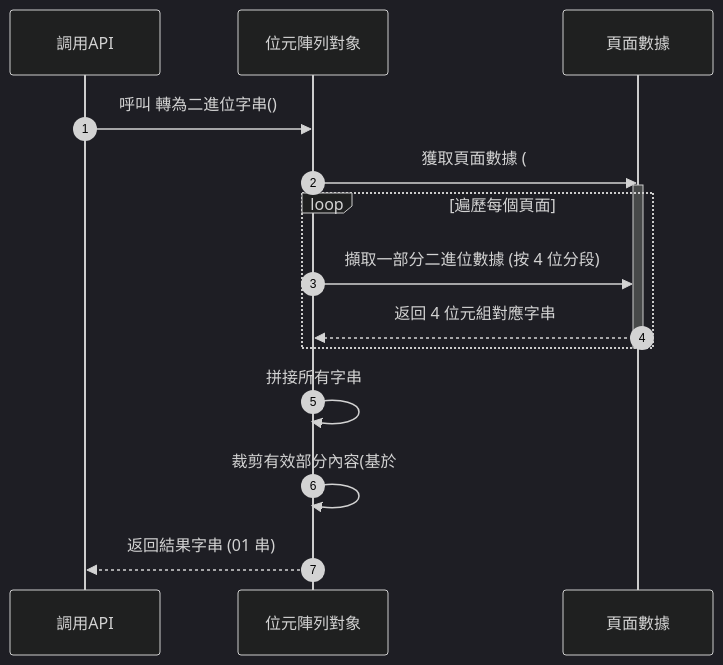
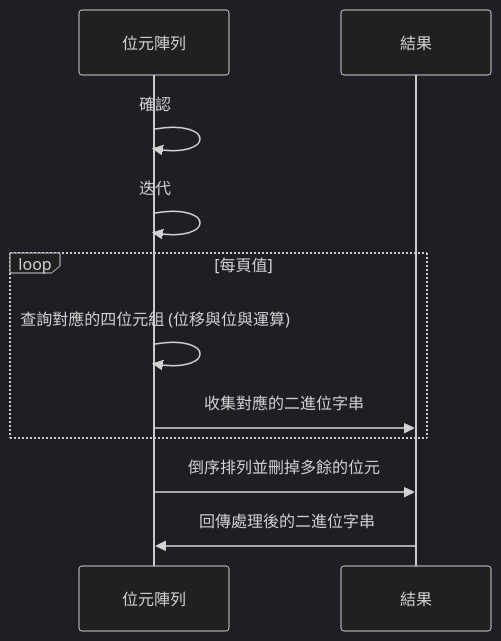
Before and after one commit to leoshiang/dx-core: diagram 11 of 17 in docs/位元陣列.md, drawn with Mermaid (dark theme). The commit also changed other lines of this file and 1 other file, not shown here.

````diff
--- a/docs/位元陣列.md
+++ b/docs/位元陣列.md
@@ -742,19 +644,13 @@
-```mermaid
+``` mermaid
 sequenceDiagram
-    autoNumber
-    participant User as 調用API
-    participant 位元陣列 as 位元陣列對象
-    participant 儲存器 as 頁面數據
-
-    User ->> 位元陣列: 呼叫 轉為二進位字串()
-    位元陣列 ->> 儲存器: 獲取頁面數據 (#頁面)
-    activate 儲存器
-    loop 遍歷每個頁面
-        位元陣列 ->> 儲存器: 擷取一部分二進位數據 (按 4 位分段)
-        儲存器 -->> 位元陣列: 返回 4 位元組對應字串
+    participant 位元陣列
+    participant 結果
+    位元陣列->>位元陣列: 確認 #數量 與 #頁面值
+    位元陣列->>位元陣列: 迭代 #頁面 的值
+    loop 每頁值
+        位元陣列->>位元陣列: 查詢對應的四位元組 (位移與位與運算)
+        位元陣列->>結果: 收集對應的二進位字串
     end
-    deactivate 儲存器
-    位元陣列 ->> 位元陣列: 拼接所有字串
-    位元陣列 ->> 位元陣列: 裁剪有效部分內容(基於 #數量)
-    位元陣列 -->> User: 返回結果字串 (01 串)
+    位元陣列->>結果: 倒序排列並刪掉多餘的位元
+    結果->>位元陣列: 回傳處理後的二進位字串
 ```
````
